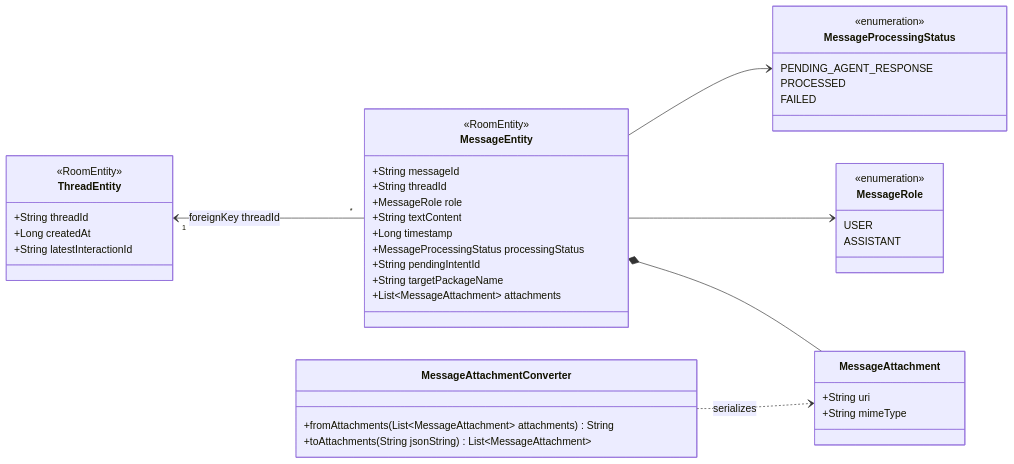
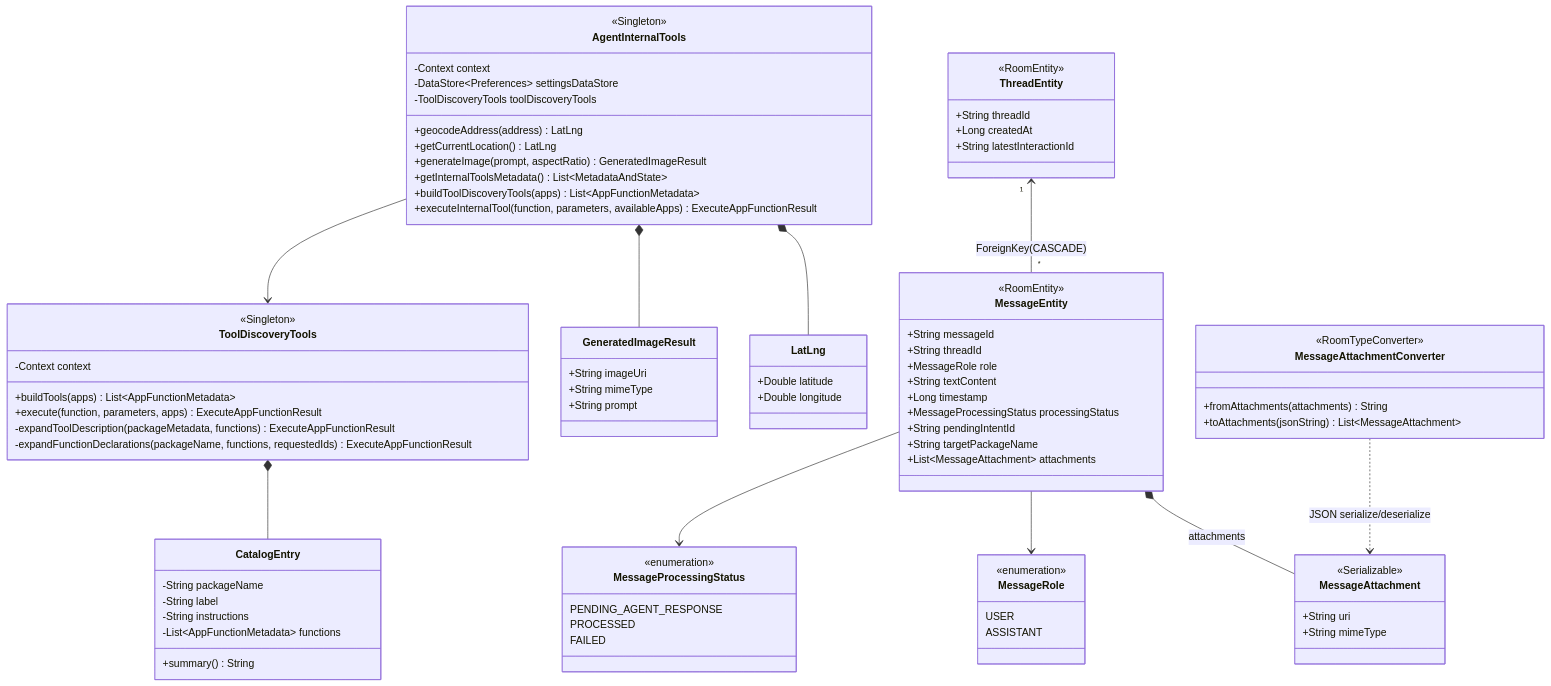
The third of 7 diagrams in uml_diagrams.md (petermarusys/AppFuncEx), drawn with Mermaid before and after one commit. The commit also changed other lines of this file and 8 other files, not shown here.

````diff
--- a/uml_diagrams.md
+++ b/uml_diagrams.md
@@ -390,6 +375,47 @@
 ```mermaid
 classDiagram
-    direction LR
+    direction TB
+
+    class AgentInternalTools {
+        <<Singleton>>
+        -Context context
+        -DataStore~Preferences~ settingsDataStore
+        -ToolDiscoveryTools toolDiscoveryTools
+        +geocodeAddress(address) LatLng
+        +getCurrentLocation() LatLng
+        +generateImage(prompt, aspectRatio) GeneratedImageResult
+        +getInternalToolsMetadata() List~MetadataAndState~
+        +buildToolDiscoveryTools(apps) List~AppFunctionMetadata~
+        +executeInternalTool(function, parameters, availableApps) ExecuteAppFunctionResult
+    }
+
+    class LatLng {
+        +Double latitude
+        +Double longitude
+    }
+
+    class GeneratedImageResult {
+        +String imageUri
+        +String mimeType
+        +String prompt
+    }
+
+    class ToolDiscoveryTools {
+        <<Singleton>>
+        -Context context
+        +buildTools(apps) List~AppFunctionMetadata~
+        +execute(function, parameters, apps) ExecuteAppFunctionResult
+        -expandToolDescription(packageMetadata, functions) ExecuteAppFunctionResult
+        -expandFunctionDeclarations(packageName, functions, requestedIds) ExecuteAppFunctionResult
+    }
+
+    class CatalogEntry {
+        -String packageName
+        -String label
+        -String instructions
+        -List~AppFunctionMetadata~ functions
+        +summary() String
+    }
 
     class ThreadEntity {
         <<RoomEntity>>
@@ -412,13 +438,15 @@
     }
 
     class MessageAttachment {
+        <<Serializable>>
         +String uri
         +String mimeType
     }
 
     class MessageAttachmentConverter {
-        +fromAttachments(List~MessageAttachment~ attachments) String
-        +toAttachments(String jsonString) List~MessageAttachment~
+        <<RoomTypeConverter>>
+        +fromAttachments(attachments) String
+        +toAttachments(jsonString) List~MessageAttachment~
     }
 
     class MessageRole {
@@ -434,9 +462,14 @@
         FAILED
     }
 
-    ThreadEntity "1" <-- "*" MessageEntity : foreignKey threadId
-    MessageEntity *-- MessageAttachment
+    AgentInternalTools *-- LatLng
+    AgentInternalTools *-- GeneratedImageResult
+    AgentInternalTools --> ToolDiscoveryTools
+    ToolDiscoveryTools *-- CatalogEntry
+
+    ThreadEntity "1" <-- "*" MessageEntity : ForeignKey(CASCADE)
+    MessageEntity *-- MessageAttachment : attachments
     MessageEntity --> MessageRole
     MessageEntity --> MessageProcessingStatus
-    MessageAttachmentConverter ..> MessageAttachment : serializes
+    MessageAttachmentConverter ..> MessageAttachment : JSON serialize/deserialize
 ```
````
